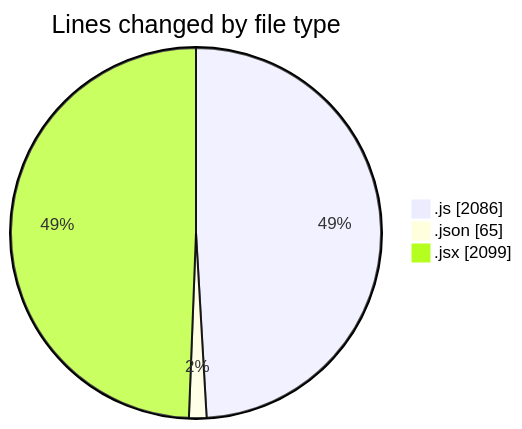
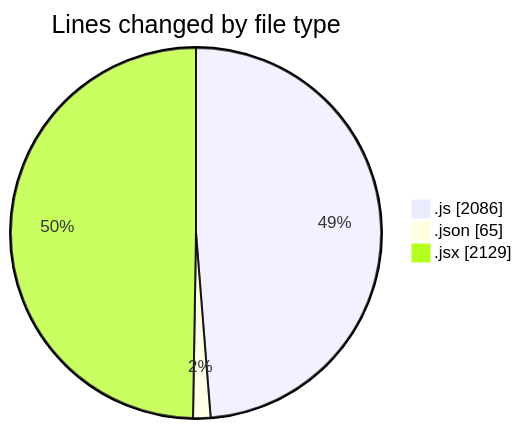
Before and after one commit to nxtqubesakshisongat/code-tracking: the first of 2 diagrams in 2026-01-14/nxtqube_webapp/README.md, drawn with Mermaid. The commit also changed other lines of this file and 1 other file, not shown here.

````diff
--- a/2026-01-14/nxtqube_webapp/README.md
+++ b/2026-01-14/nxtqube_webapp/README.md
@@ -28,7 +28,7 @@
 ```mermaid
 pie showData
 title Lines changed by file type
 ".js" : 2086
 ".json" : 65
-".jsx" : 2099
+".jsx" : 2129
 ```
````
